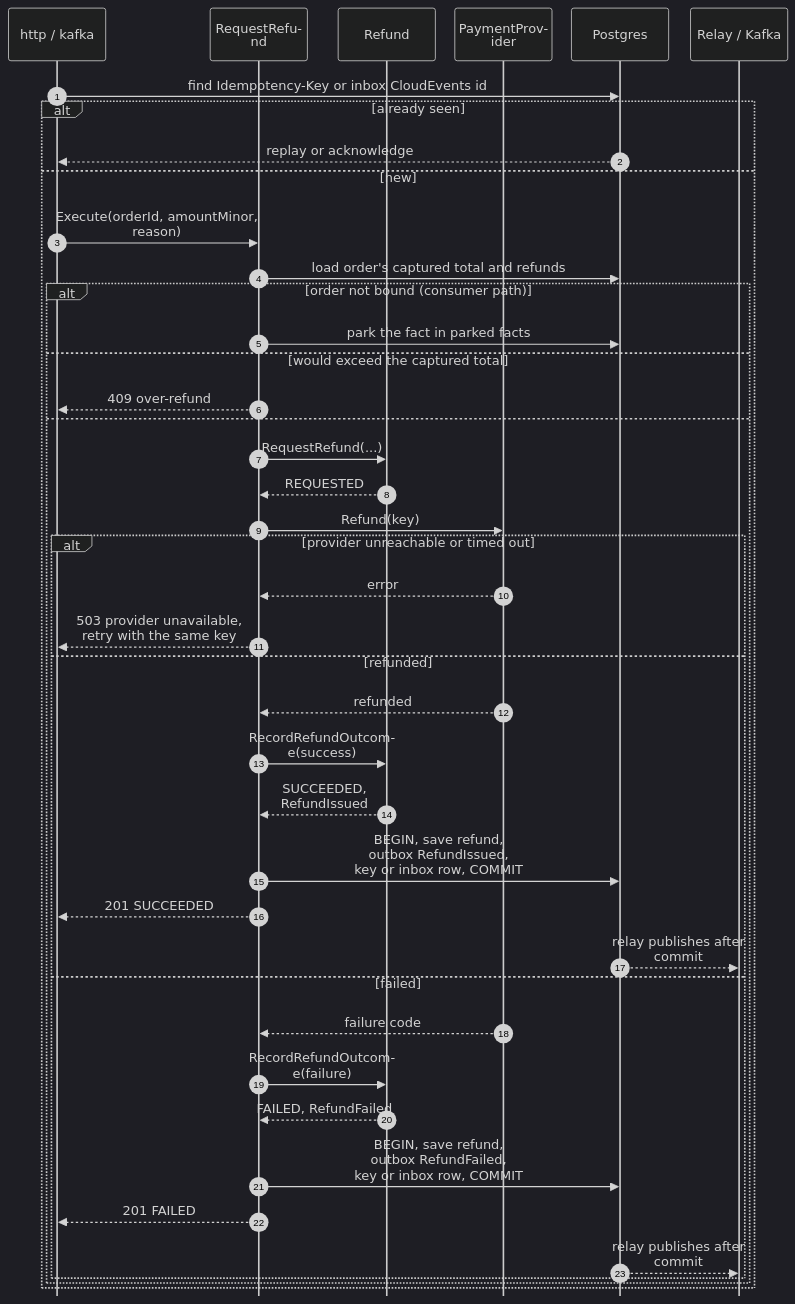
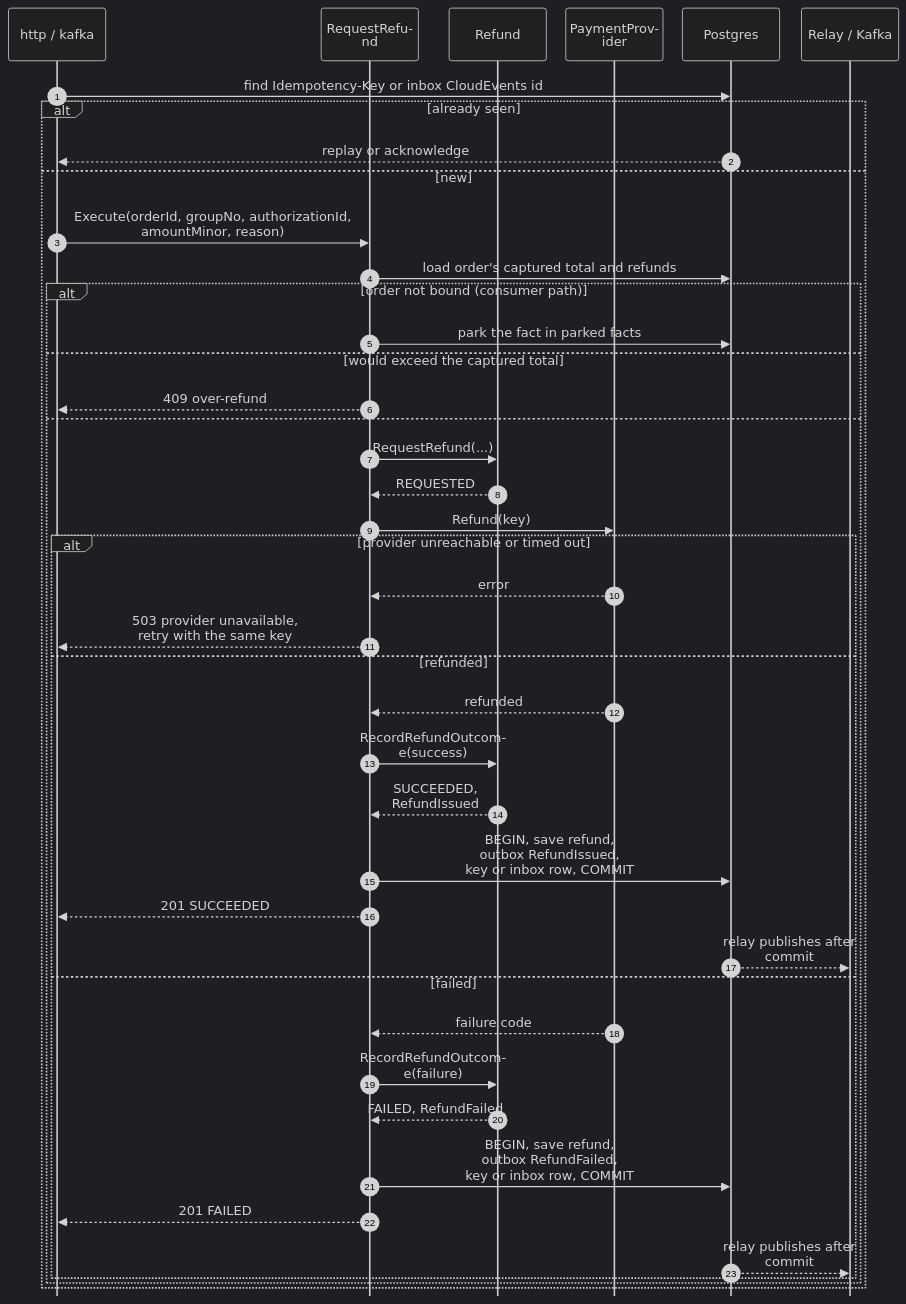
Before and after one commit to IQVO/warehouse-docs: the third of 8 diagrams in storefront/docs/contexts/customer-payments/sequence-diagrams.md, drawn with Mermaid (dark theme). The commit also changed other lines of this file and 11 other files, not shown here.

````diff
--- a/storefront/docs/contexts/customer-payments/sequence-diagrams.md
+++ b/storefront/docs/contexts/customer-payments/sequence-diagrams.md
@@ -148,45 +148,45 @@
 ```mermaid
 %%{init: {"sequence": {"wrap": true, "width": 120, "actorMargin": 24, "messageMargin": 28, "boxMargin": 6, "noteMargin": 6, "mirrorActors": false}}}%%
 sequenceDiagram
     autonumber
     participant H as http / kafka
     participant UC as RequestRefund
     participant R as Refund
     participant P as PaymentProvider
     participant DB as Postgres
     participant K as Relay / Kafka
     H->>DB: find Idempotency-Key or inbox CloudEvents id
     alt already seen
         DB-->>H: replay or acknowledge
     else new
-        H->>UC: Execute(orderId, amountMinor, reason)
+        H->>UC: Execute(orderId, groupNo, authorizationId,<br/>amountMinor, reason)
         UC->>DB: load order's captured total and refunds
         alt order not bound (consumer path)
             UC->>DB: park the fact in parked facts
         else would exceed the captured total
             UC-->>H: 409 over-refund
         else
             UC->>R: RequestRefund(...)
             R-->>UC: REQUESTED
             UC->>P: Refund(key)
             alt provider unreachable or timed out
                 P-->>UC: error
                 UC-->>H: 503 provider unavailable,<br/>retry with the same key
             else refunded
                 P-->>UC: refunded
                 UC->>R: RecordRefundOutcome(success)
                 R-->>UC: SUCCEEDED, RefundIssued
                 UC->>DB: BEGIN, save refund,<br/>outbox RefundIssued,<br/>key or inbox row, COMMIT
                 UC-->>H: 201 SUCCEEDED
                 DB-->>K: relay publishes after commit
             else failed
                 P-->>UC: failure code
                 UC->>R: RecordRefundOutcome(failure)
                 R-->>UC: FAILED, RefundFailed
                 UC->>DB: BEGIN, save refund,<br/>outbox RefundFailed,<br/>key or inbox row, COMMIT
                 UC-->>H: 201 FAILED
                 DB-->>K: relay publishes after commit
             end
         end
     end
 ```
````
